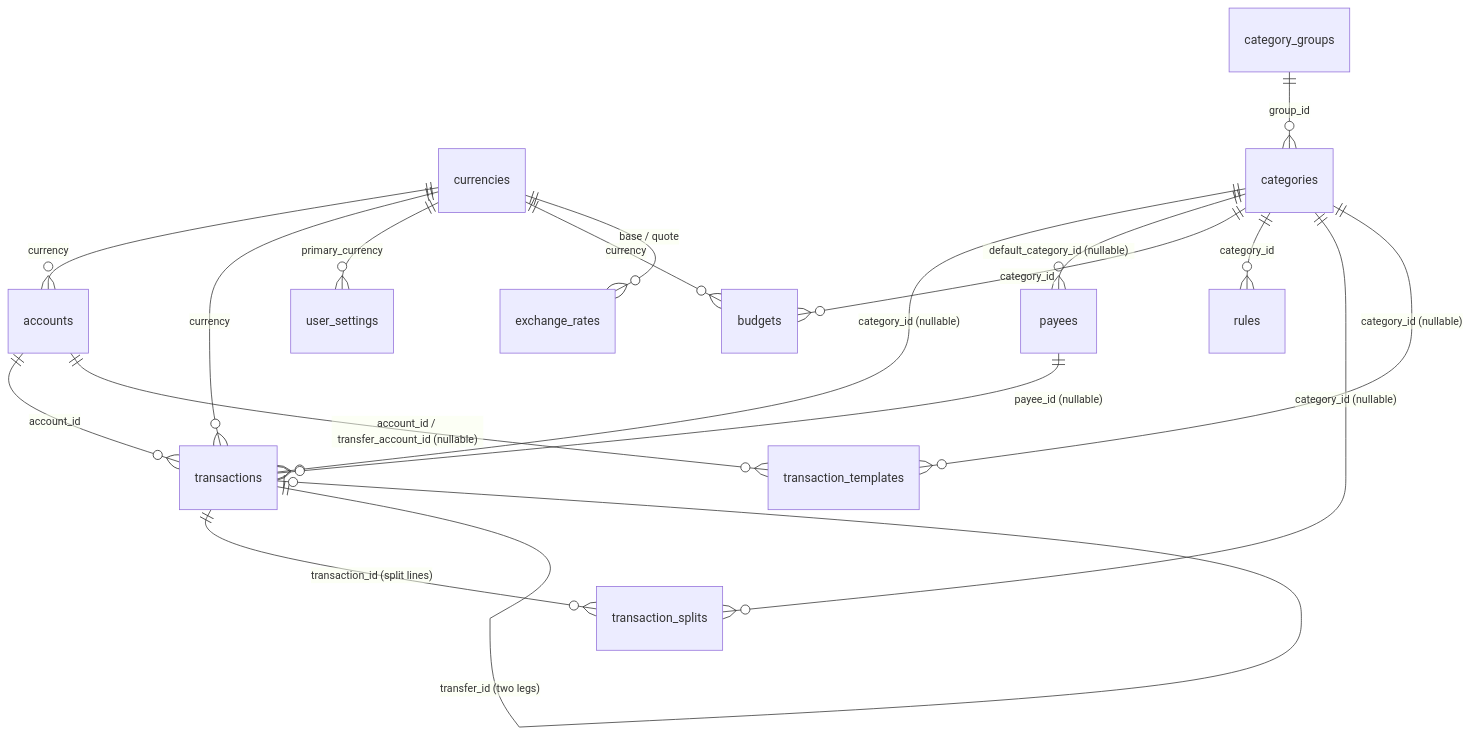
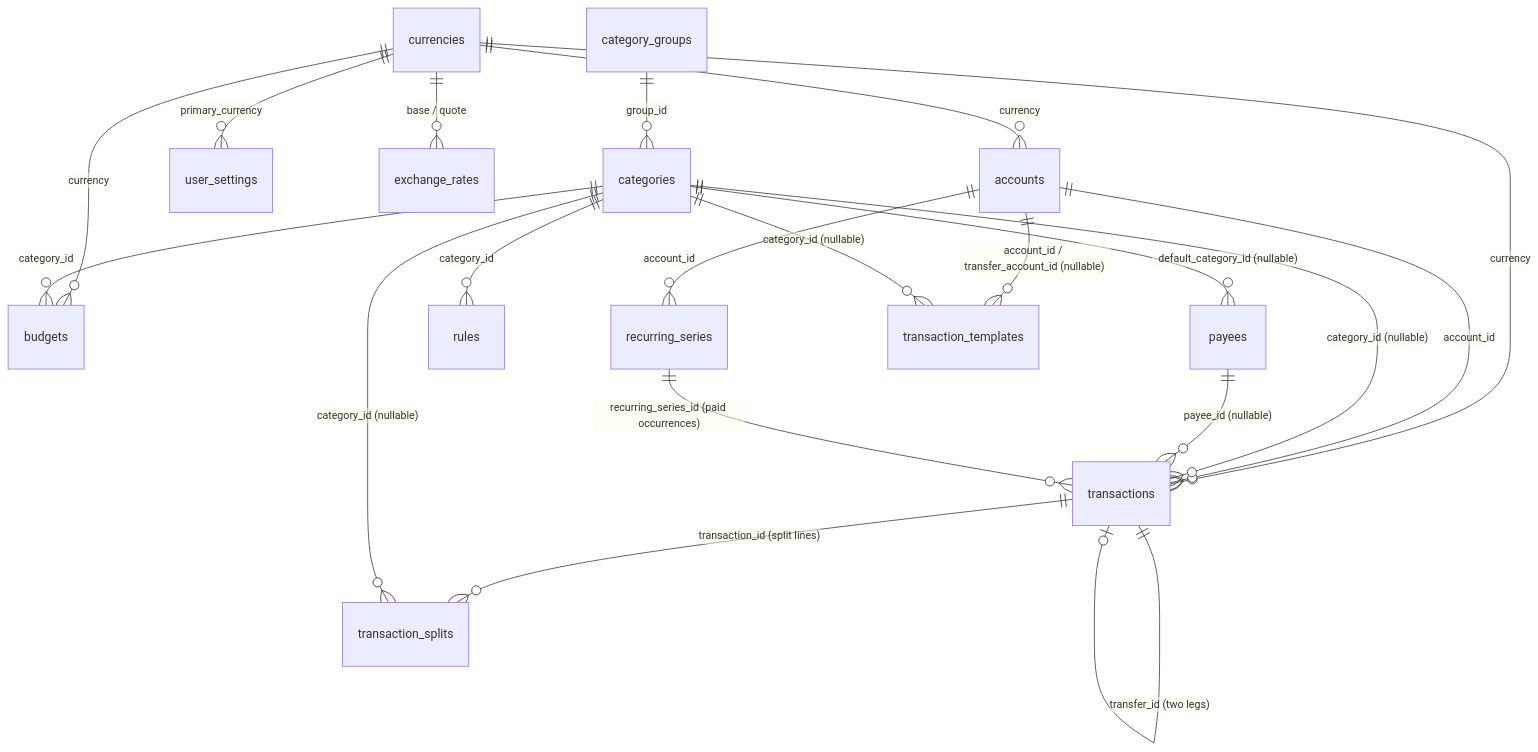
One commit to lucasvallejodev/my-budget-tracker changed the diagram in docs/architecture/data-model.md. Above: the diagram before and after it, drawn with Mermaid. The commit also changed other lines of this file and 66 other files, not shown here.

````diff
--- a/docs/architecture/data-model.md
+++ b/docs/architecture/data-model.md
@@ -17,20 +17,22 @@
 ```mermaid
 erDiagram
   currencies ||--o{ accounts : "currency"
   currencies ||--o{ transactions : "currency"
   currencies ||--o{ user_settings : "primary_currency"
   currencies ||--o{ budgets : "currency"
   currencies ||--o{ exchange_rates : "base / quote"
   accounts ||--o{ transactions : "account_id"
   category_groups ||--o{ categories : "group_id"
   categories ||--o{ transactions : "category_id (nullable)"
   categories ||--o{ payees : "default_category_id (nullable)"
   categories ||--o{ budgets : "category_id"
   categories ||--o{ rules : "category_id"
   payees ||--o{ transactions : "payee_id (nullable)"
+  recurring_series ||--o{ transactions : "recurring_series_id (paid occurrences)"
+  accounts ||--o{ recurring_series : "account_id"
   transactions ||--o{ transaction_splits : "transaction_id (split lines)"
   categories ||--o{ transaction_splits : "category_id (nullable)"
   accounts ||--o{ transaction_templates : "account_id / transfer_account_id (nullable)"
   categories ||--o{ transaction_templates : "category_id (nullable)"
   transactions ||--o| transactions : "transfer_id (two legs)"
 ```
````
